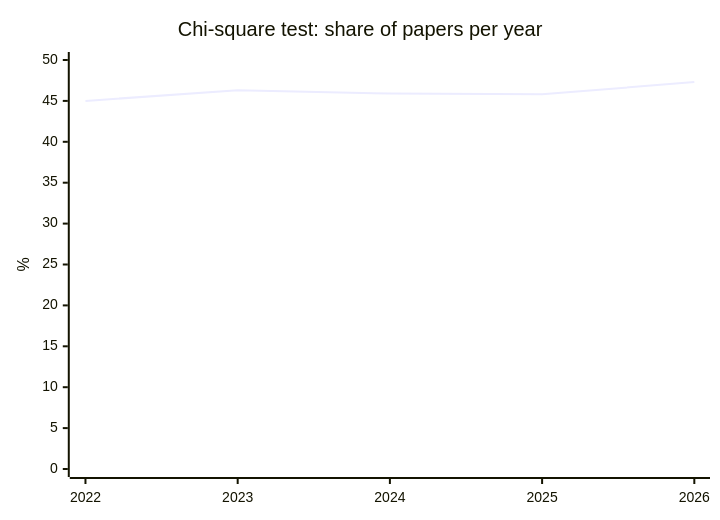
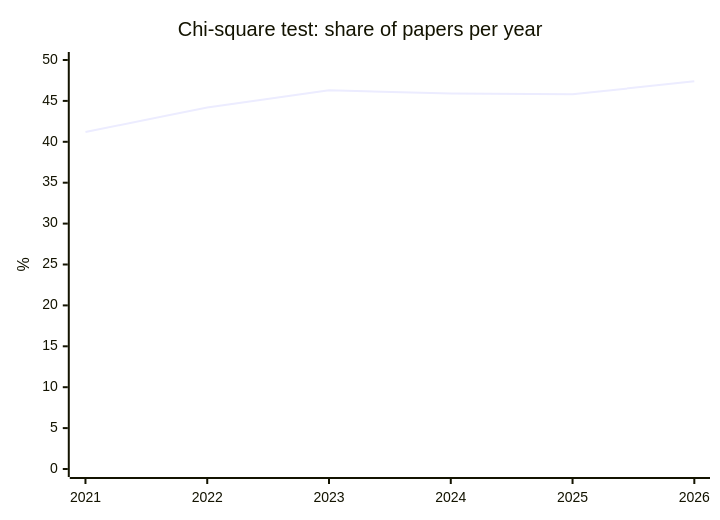
One commit to nfdi4health/datashield-function-ideas changed the first of 5 diagrams in literature-watch/reports/overview.md. Above: the diagram before and after it, drawn with Mermaid. The commit also changed other lines of this file and 1 other file, not shown here.

````diff
--- a/literature-watch/reports/overview.md
+++ b/literature-watch/reports/overview.md
@@ -52,7 +52,7 @@
 ```mermaid
 xychart-beta
   title "Chi-square test: share of papers per year"
-  x-axis [2022, 2023, 2024, 2025, 2026]
+  x-axis [2021, 2022, 2023, 2024, 2025, 2026]
   y-axis "%" 0 --> 50
-  line [45.0, 46.3, 45.9, 45.8, 47.3]
+  line [41.2, 44.2, 46.3, 45.9, 45.8, 47.4]
 ```
````
